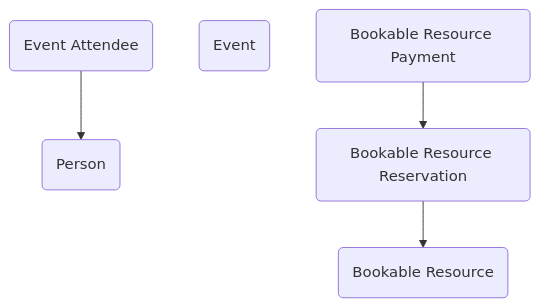
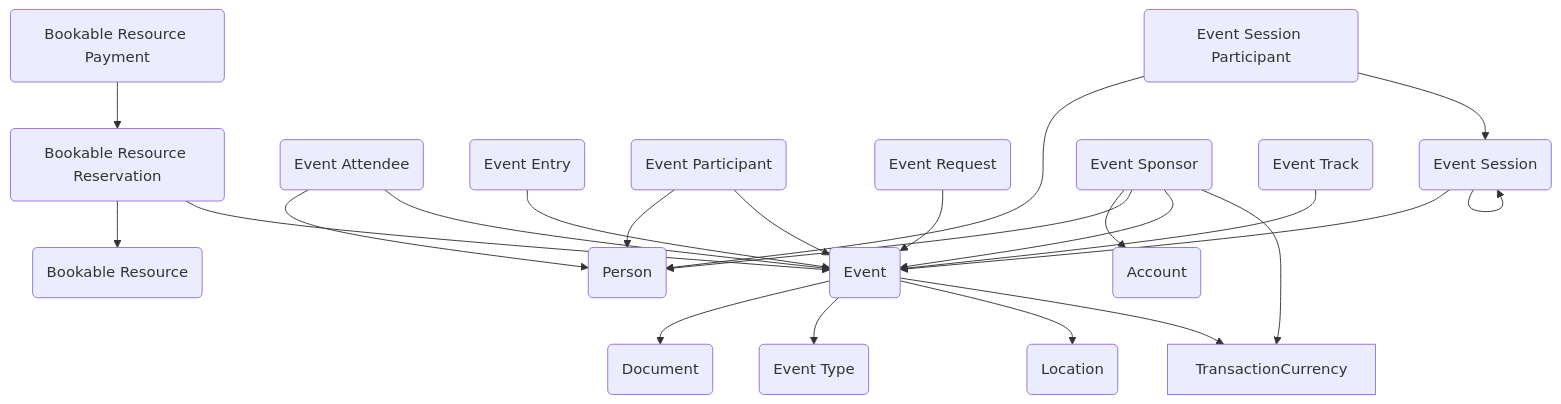
The diagram in _data_models/event-management.md (microsoft/gov-solutions), drawn with Mermaid before and after one commit. The commit also changed other lines of this file and 13 other files, not shown here.

````diff
--- a/_data_models/event-management.md
+++ b/_data_models/event-management.md
@@ -25,12 +29,42 @@
 ```mermaid
 graph TD
+  Account(Account)
   Contact(Person)
   govcdm_BookableResource(Bookable Resource)
   govcdm_BookableResourcePayment(Bookable Resource Payment)
   govcdm_BookableResourceReservation(Bookable Resource Reservation)
+  govcdm_Document(Document)
   govcdm_Event(Event)
   govcdm_EventAttendee(Event Attendee)
+  govcdm_EventEntry(Event Entry)
+  govcdm_EventParticipant(Event Participant)
+  govcdm_EventRequest(Event Request)
+  govcdm_EventSession(Event Session)
+  govcdm_EventSessionParticipant(Event Session Participant)
+  govcdm_EventSponsor(Event Sponsor)
+  govcdm_EventTrack(Event Track)
+  govcdm_EventType(Event Type)
+  govcdm_Location(Location)
+  govcdm_EventSponsor --> Account
+  govcdm_EventParticipant --> Contact
+  govcdm_EventSessionParticipant --> Contact
+  govcdm_EventSponsor --> Contact
   govcdm_EventAttendee --> Contact
   govcdm_BookableResourceReservation --> govcdm_BookableResource
   govcdm_BookableResourcePayment --> govcdm_BookableResourceReservation
+  govcdm_Event --> govcdm_Document
+  govcdm_EventEntry --> govcdm_Event
+  govcdm_EventParticipant --> govcdm_Event
+  govcdm_EventRequest --> govcdm_Event
+  govcdm_EventSession --> govcdm_Event
+  govcdm_EventSponsor --> govcdm_Event
+  govcdm_EventTrack --> govcdm_Event
+  govcdm_BookableResourceReservation --> govcdm_Event
+  govcdm_EventAttendee --> govcdm_Event
+  govcdm_EventSession --> govcdm_EventSession
+  govcdm_EventSessionParticipant --> govcdm_EventSession
+  govcdm_Event --> govcdm_EventType
+  govcdm_Event --> govcdm_Location
+  govcdm_Event --> TransactionCurrency
+  govcdm_EventSponsor --> TransactionCurrency
 ```
````
